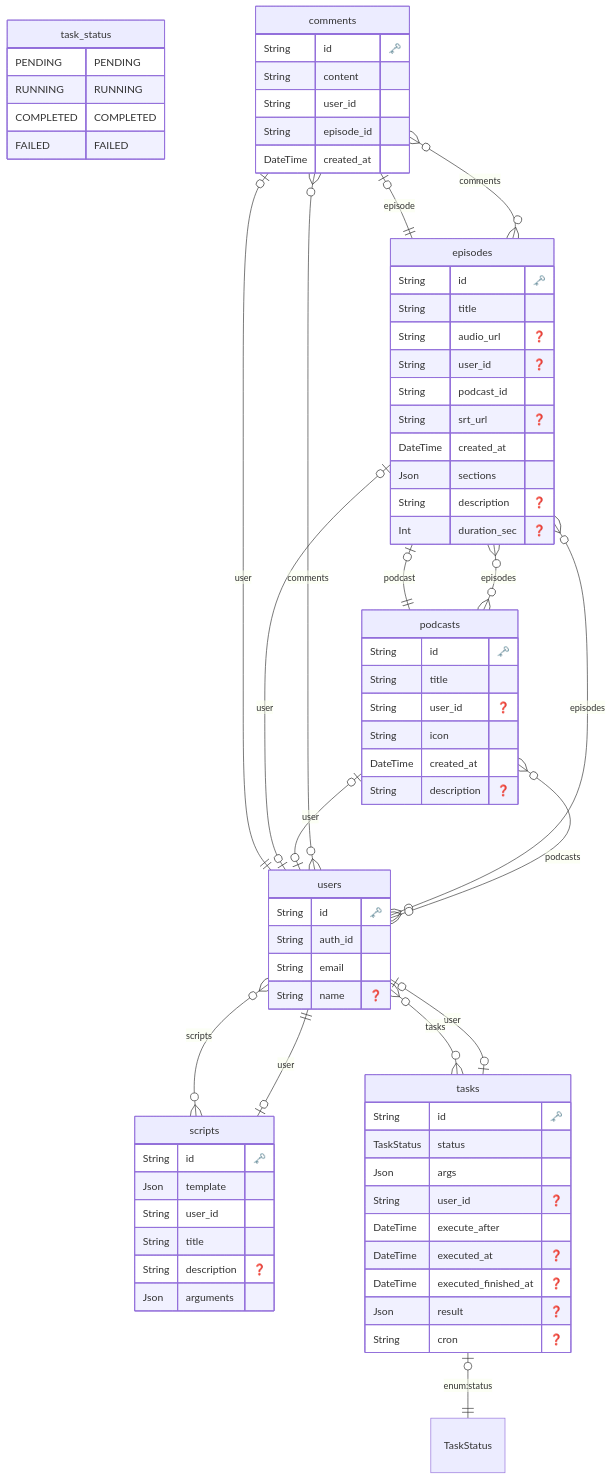
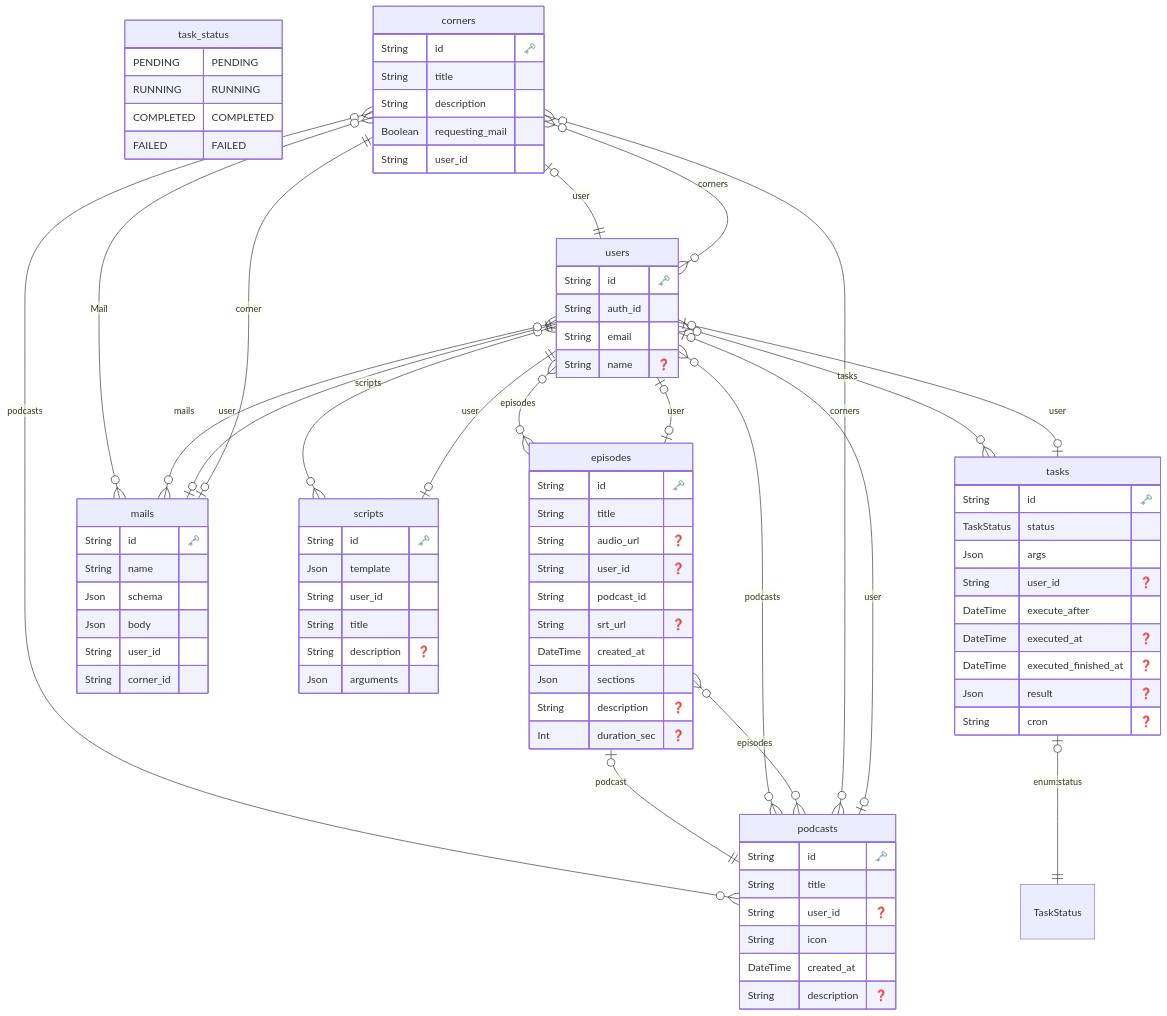
One commit to wakame-tech/botcast changed the diagram in api/prisma/schema/ERD.md. Above: the diagram before and after it, drawn with Mermaid. The commit also changed 5 other files, not shown here.

Commit message:
add: corner and mail table

````diff
--- a/api/prisma/schema/ERD.md
+++ b/api/prisma/schema/ERD.md
@@ -8,12 +8,12 @@
 FAILED FAILED
         }
     
-  "comments" {
+  "corners" {
     String id "🗝️"
-    String content 
+    String title 
+    String description 
+    Boolean requesting_mail 
     String user_id 
-    String episode_id 
-    DateTime created_at 
     }
   
 
@@ -28,6 +28,16 @@
     Json sections 
     String description "❓"
     Int duration_sec "❓"
+    }
+  
+
+  "mails" {
+    String id "🗝️"
+    String name 
+    Json schema 
+    Json body 
+    String user_id 
+    String corner_id 
     }
   
 
@@ -71,19 +81,23 @@
     String name "❓"
     }
   
-    "comments" o|--|| "episodes" : "episode"
-    "comments" o|--|| "users" : "user"
-    "episodes" o{--}o "comments" : "comments"
+    "corners" o|--|| "users" : "user"
+    "corners" o{--}o "podcasts" : "podcasts"
+    "corners" o{--}o "mails" : "Mail"
     "episodes" o|--|| "podcasts" : "podcast"
     "episodes" o|--|o "users" : "user"
+    "mails" o|--|| "users" : "user"
+    "mails" o|--|| "corners" : "corner"
     "podcasts" o{--}o "episodes" : "episodes"
+    "podcasts" o{--}o "corners" : "corners"
     "podcasts" o|--|o "users" : "user"
     "scripts" o|--|| "users" : "user"
     "tasks" o|--|| "TaskStatus" : "enum:status"
     "tasks" o|--|o "users" : "user"
-    "users" o{--}o "comments" : "comments"
     "users" o{--}o "episodes" : "episodes"
     "users" o{--}o "podcasts" : "podcasts"
     "users" o{--}o "scripts" : "scripts"
     "users" o{--}o "tasks" : "tasks"
+    "users" o{--}o "corners" : "corners"
+    "users" o{--}o "mails" : "mails"
 ```
````
